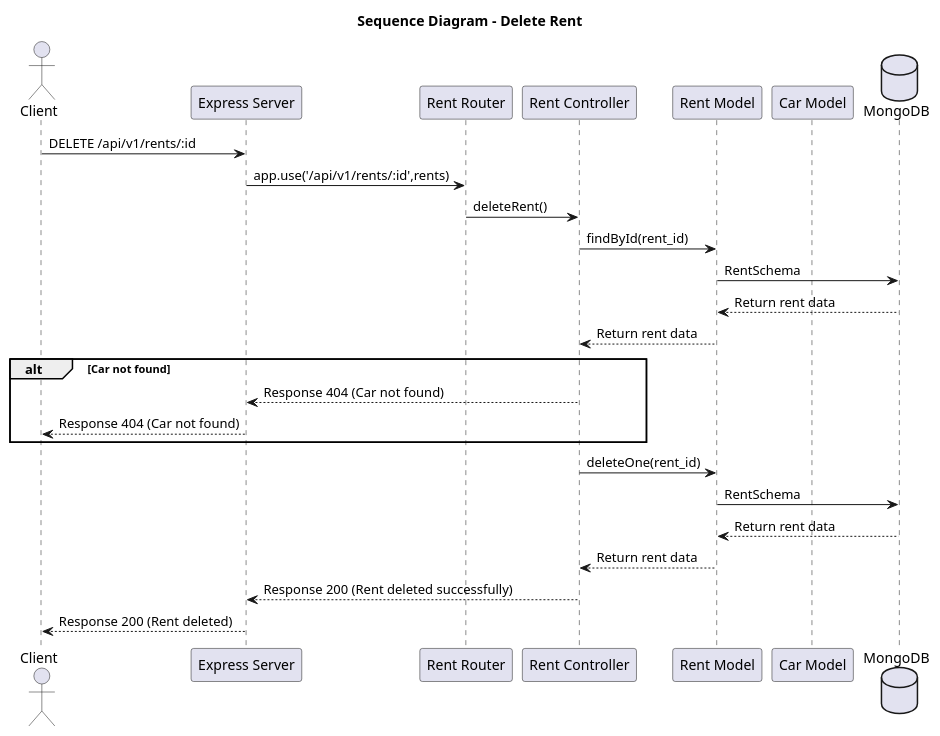
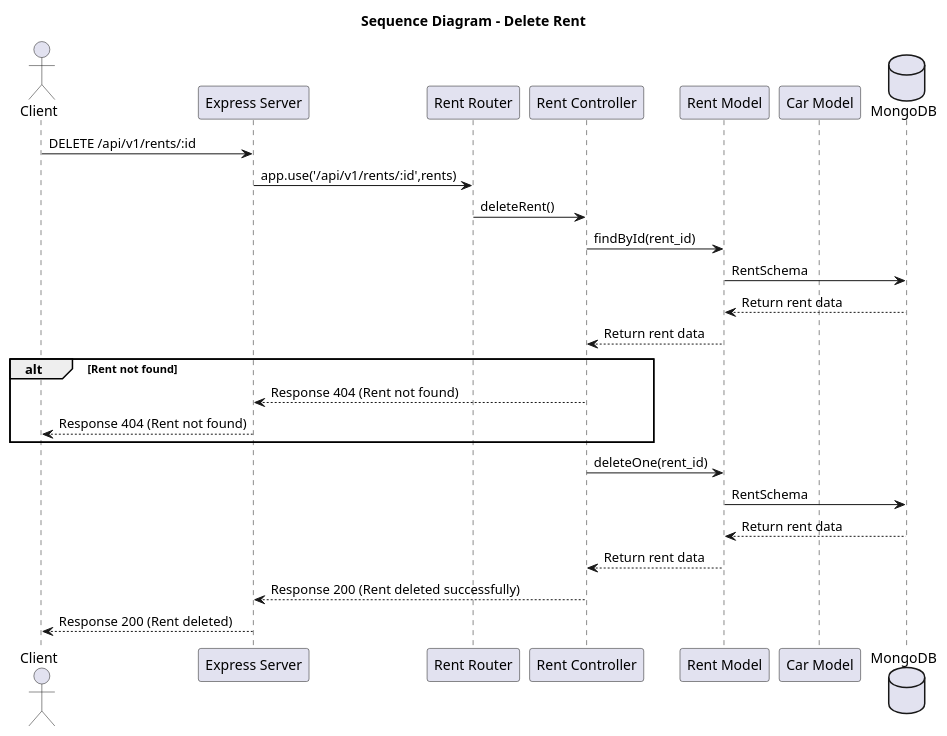
Before and after one commit to 2110503-2564/se-project-backend-23_arm-speedbus: the diagram in UML/deleteRent.puml, drawn with PlantUML. The commit also changed 1 other file, not shown here.

```diff
--- a/UML/deleteRent.puml
+++ b/UML/deleteRent.puml
@@ -1,34 +1,34 @@
 @startuml
 title Sequence Diagram - Delete Rent
 
 actor Client
 participant "Express Server" as Server
 participant "Rent Router" as Router
 participant "Rent Controller" as Controller
 participant "Rent Model" as RentModel
 participant "Car Model" as CarModel
 database "MongoDB" as DB
 
 Client -> Server: DELETE /api/v1/rents/:id
 Server -> Router: app.use('/api/v1/rents/:id',rents)
 Router -> Controller: deleteRent()
 
 Controller -> RentModel: findById(rent_id)
 RentModel -> DB: RentSchema
 DB --> RentModel: Return rent data
 RentModel --> Controller: Return rent data
 
-alt Car not found
-    Controller --> Server: Response 404 (Car not found)
-    Server --> Client: Response 404 (Car not found)
+alt Rent not found
+    Controller --> Server: Response 404 (Rent not found)
+    Server --> Client: Response 404 (Rent not found)
 end
 
 Controller -> RentModel: deleteOne(rent_id)
 RentModel -> DB: RentSchema
 DB --> RentModel: Return rent data
 RentModel --> Controller: Return rent data
 
 Controller --> Server: Response 200 (Rent deleted successfully)
 Server --> Client: Response 200 (Rent deleted)
 
 @enduml
```
